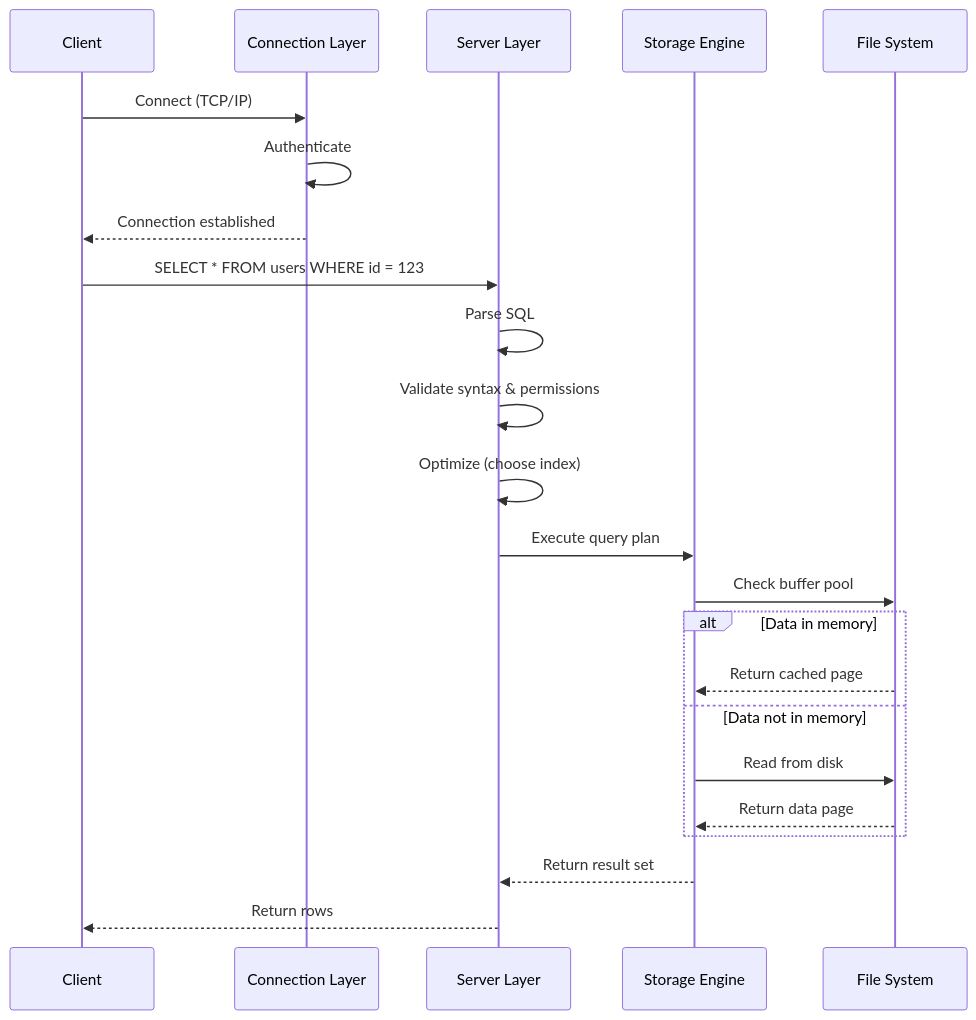
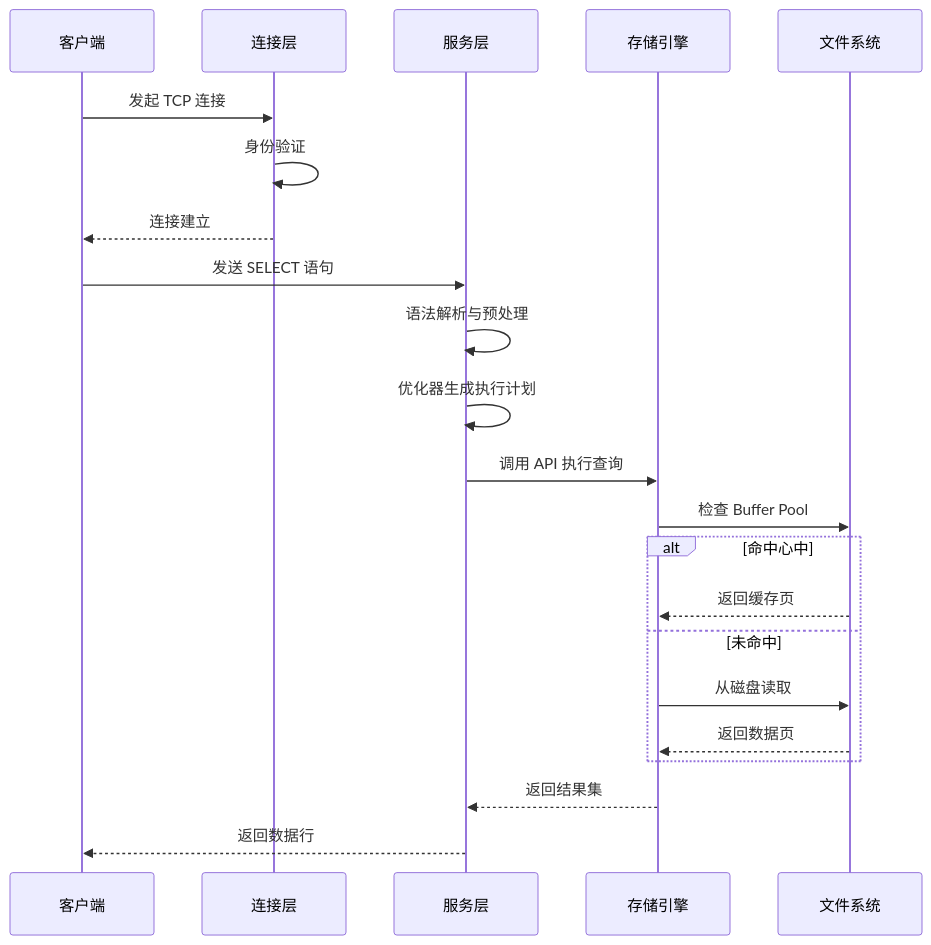
Before and after one commit to YiWang24/AiDIY: the second of 3 diagrams in i18n/zh-Hans/docusaurus-plugin-content-docs/current/cs/database/mysql/architecture.mdx, drawn with Mermaid. The commit also changed other lines of this file and 59 other files, not shown here.

````diff
--- a/i18n/zh-Hans/docusaurus-plugin-content-docs/current/cs/database/mysql/architecture.mdx
+++ b/i18n/zh-Hans/docusaurus-plugin-content-docs/current/cs/database/mysql/architecture.mdx
@@ -198,27 +129,26 @@
 ```mermaid
 sequenceDiagram
-    participant Client
-    participant Conn as Connection Layer
-    participant Server as Server Layer
-    participant Engine as Storage Engine
-    participant Disk as File System
+    participant Client as 客户端
+    participant Conn as 连接层
+    participant Server as 服务层
+    participant Engine as 存储引擎
+    participant Disk as 文件系统
 
-    Client->>Conn: Connect (TCP/IP)
-    Conn->>Conn: Authenticate
-    Conn-->>Client: Connection established
+    Client->>Conn: 发起 TCP 连接
+    Conn->>Conn: 身份验证
+    Conn-->>Client: 连接建立
 
-    Client->>Server: SELECT * FROM users WHERE id = 123
-    Server->>Server: Parse SQL
-    Server->>Server: Validate syntax & permissions
-    Server->>Server: Optimize (choose index)
-    Server->>Engine: Execute query plan
-    Engine->>Disk: Check buffer pool
-    alt Data in memory
-        Disk-->>Engine: Return cached page
-    else Data not in memory
-        Engine->>Disk: Read from disk
-        Disk-->>Engine: Return data page
+    Client->>Server: 发送 SELECT 语句
+    Server->>Server: 语法解析与预处理
+    Server->>Server: 优化器生成执行计划
+    Server->>Engine: 调用 API 执行查询
+    Engine->>Disk: 检查 Buffer Pool
+    alt 命中心中
+        Disk-->>Engine: 返回缓存页
+    else 未命中
+        Engine->>Disk: 从磁盘读取
+        Disk-->>Engine: 返回数据页
     end
-    Engine-->>Server: Return result set
-    Server-->>Client: Return rows
+    Engine-->>Server: 返回结果集
+    Server-->>Client: 返回数据行
 ```
````
